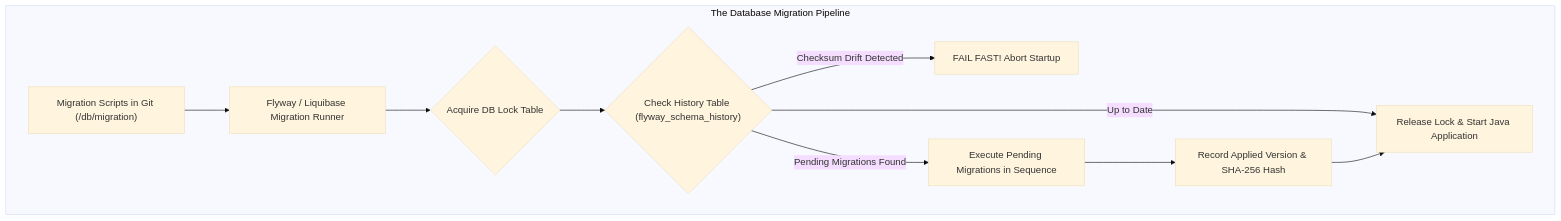
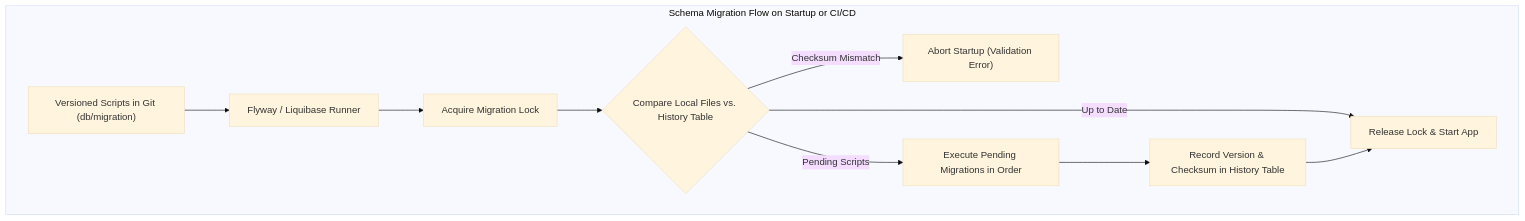
The first of 3 diagrams in content/roadmap/level-7/database-migrations.md (ravishankar2463/java_hub), drawn with Mermaid (base theme) before and after one commit. The commit also changed other lines of this file and 119 other files, not shown here.

Commit message:
feat: add comprehensive java learning roadmap content across multiple levels

````diff
--- a/content/roadmap/level-7/database-migrations.md
+++ b/content/roadmap/level-7/database-migrations.md
@@ -25,15 +14,13 @@
 ```mermaid
 flowchart TD
-    subgraph "The Database Migration Pipeline"
-        Git["Migration Scripts in Git (/db/migration)"] --> Runner["Flyway / Liquibase Migration Runner"]
-        Runner --> Lock{"Acquire DB Lock Table"}
-        
-        Lock --> Check{"Check History Table (flyway_schema_history)"}
-        Check -->|"Checksum Drift Detected"| Crash["FAIL FAST! Abort Startup"]
-        Check -->|"Pending Migrations Found"| Apply["Execute Pending Migrations in Sequence"]
-        Check -->|"Up to Date"| Start["Release Lock & Start Java Application"]
-        
-        Apply --> Record["Record Applied Version & SHA-256 Hash"]
-        Record --> Start
+    subgraph "Schema Migration Flow on Startup or CI/CD"
+        Git["Versioned Scripts in Git (db/migration)"] --> Runner["Flyway / Liquibase Runner"]
+        Runner --> Lock["Acquire Migration Lock"]
+        Lock --> Check{"Compare Local Files vs. History Table"}
+        Check -->|"Checksum Mismatch"| Fail["Abort Startup (Validation Error)"]
+        Check -->|"Pending Scripts"| Apply["Execute Pending Migrations in Order"]
+        Check -->|"Up to Date"| Ready["Release Lock & Start App"]
+        Apply --> Record["Record Version & Checksum in History Table"]
+        Record --> Ready
     end
 ```
````
